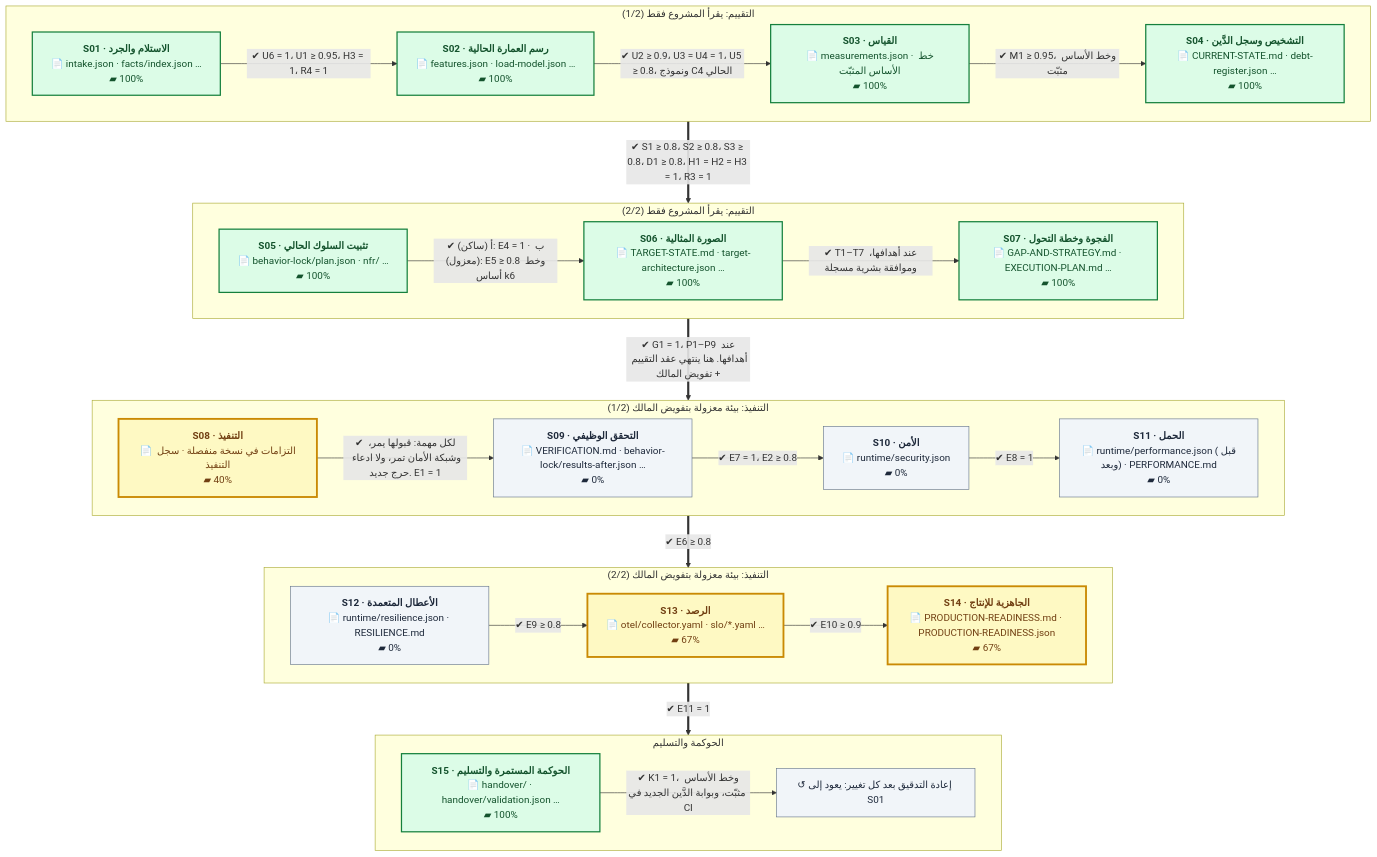
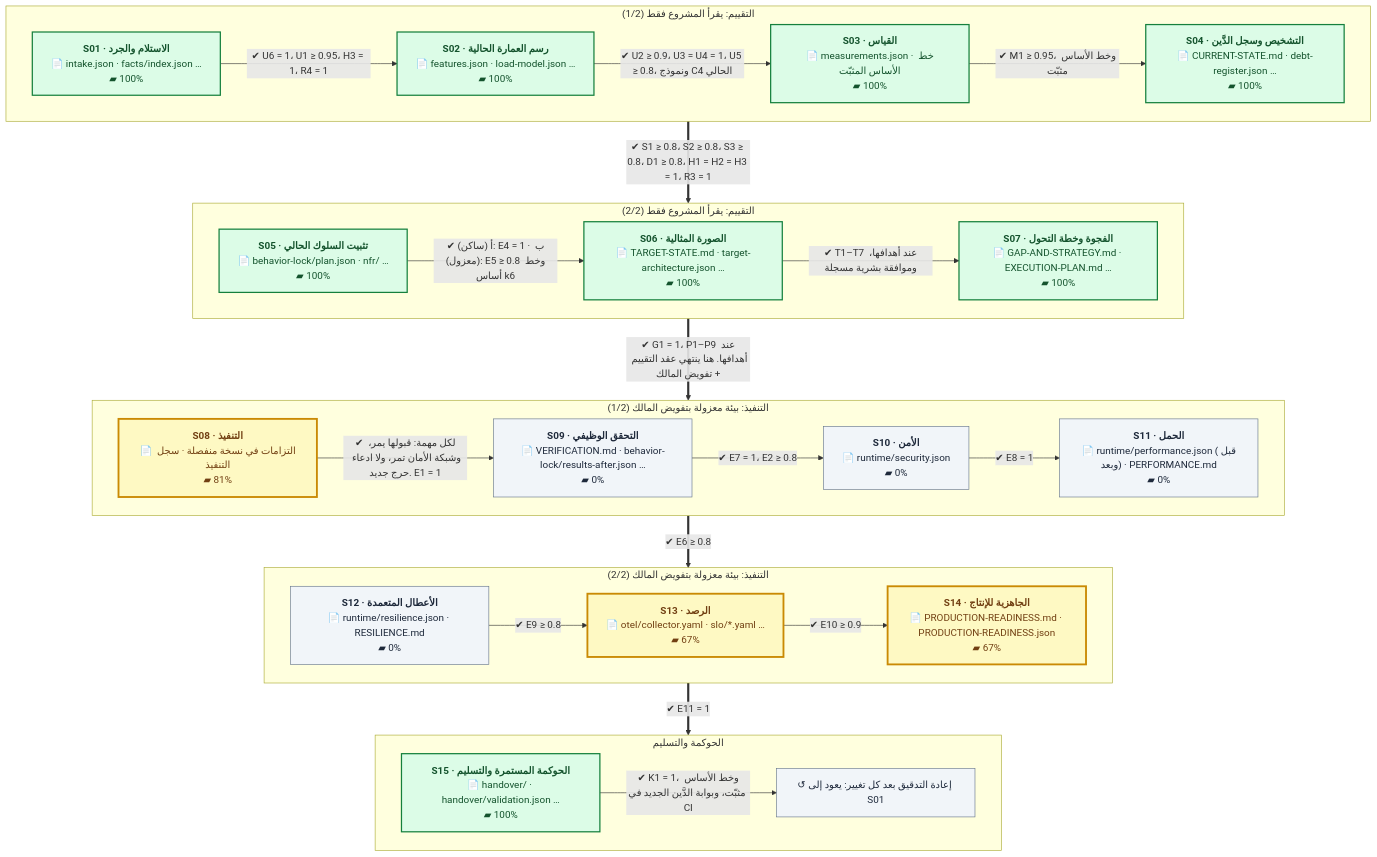
One commit to eom1417/engineering-audit-os changed the first of 2 diagrams in README.md. Above: the diagram before and after it, drawn with Mermaid. The commit also changed other lines of this file and 8 other files, not shown here.

````diff
--- a/README.md
+++ b/README.md
@@ -52,54 +52,54 @@
 ```mermaid
 %%{init: {'flowchart': {'wrappingWidth': 260, 'nodeSpacing': 40, 'rankSpacing': 60}}}%%
 flowchart TB
     subgraph P1["التقييم: يقرأ المشروع فقط (1/2)"]
         direction LR
         S01["<b>S01 · الاستلام والجرد</b><br/>📄 intake.json · facts/index.json …<br/>▰ 100%"]:::done
         S02["<b>S02 · رسم العمارة الحالية</b><br/>📄 features.json · load-model.json …<br/>▰ 100%"]:::done
         S03["<b>S03 · القياس</b><br/>📄 measurements.json · خط الأساس المثبّت<br/>▰ 100%"]:::done
         S04["<b>S04 · التشخيص وسجل الدَّين</b><br/>📄 CURRENT-STATE.md · debt-register.json …<br/>▰ 100%"]:::done
         S01 -->|"✔ U6 = 1، U1 ≥ 0.95، H3 = 1، R4 = 1"| S02
         S02 -->|"✔ U2 ≥ 0.9، U3 = U4 = 1، U5 ≥ 0.8، ونموذج C4 الحالي"| S03
         S03 -->|"✔ M1 ≥ 0.95، وخط الأساس مثبّت"| S04
     end
     subgraph P2["التقييم: يقرأ المشروع فقط (2/2)"]
         direction LR
         S05["<b>S05 · تثبيت السلوك الحالي</b><br/>📄 behavior-lock/plan.json · nfr/ …<br/>▰ 100%"]:::done
         S06["<b>S06 · الصورة المثالية</b><br/>📄 TARGET-STATE.md · target-architecture.json …<br/>▰ 100%"]:::done
         S07["<b>S07 · الفجوة وخطة التحول</b><br/>📄 GAP-AND-STRATEGY.md · EXECUTION-PLAN.md …<br/>▰ 100%"]:::done
         S05 -->|"✔ أ (ساكن): E4 = 1 · ب (معزول): E5 ≥ 0.8 وخط أساس k6"| S06
         S06 -->|"✔ T1–T7 عند أهدافها، وموافقة بشرية مسجلة"| S07
     end
     subgraph P3["التنفيذ: بيئة معزولة بتفويض المالك (1/2)"]
         direction LR
-        S08["<b>S08 · التنفيذ</b><br/>📄 التزامات في نسخة منفصلة · سجل التنفيذ<br/>▰ 40%"]:::current
+        S08["<b>S08 · التنفيذ</b><br/>📄 التزامات في نسخة منفصلة · سجل التنفيذ<br/>▰ 81%"]:::current
         S09["<b>S09 · التحقق الوظيفي</b><br/>📄 VERIFICATION.md · behavior-lock/results-after.json …<br/>▰ 0%"]:::next
         S10["<b>S10 · الأمن</b><br/>📄 runtime/security.json<br/>▰ 0%"]:::next
         S11["<b>S11 · الحمل</b><br/>📄 runtime/performance.json (قبل وبعد) · PERFORMANCE.md<br/>▰ 0%"]:::next
         S08 -->|"✔ لكل مهمة: قبولها يمر، وشبكة الأمان تمر، ولا ادعاء حرج جديد. E1 = 1"| S09
         S09 -->|"✔ E7 = 1، E2 ≥ 0.8"| S10
         S10 -->|"✔ E8 = 1"| S11
     end
     subgraph P4["التنفيذ: بيئة معزولة بتفويض المالك (2/2)"]
         direction LR
         S12["<b>S12 · الأعطال المتعمدة</b><br/>📄 runtime/resilience.json · RESILIENCE.md<br/>▰ 0%"]:::next
         S13["<b>S13 · الرصد</b><br/>📄 otel/collector.yaml · slo/*.yaml …<br/>▰ 67%"]:::current
         S14["<b>S14 · الجاهزية للإنتاج</b><br/>📄 PRODUCTION-READINESS.md · PRODUCTION-READINESS.json<br/>▰ 67%"]:::current
         S12 -->|"✔ E9 ≥ 0.8"| S13
         S13 -->|"✔ E10 ≥ 0.9"| S14
     end
     subgraph P5["الحوكمة والتسليم"]
         direction LR
         S15["<b>S15 · الحوكمة المستمرة والتسليم</b><br/>📄 handover/ · handover/validation.json …<br/>▰ 100%"]:::done
         LOOP["↺ إعادة التدقيق بعد كل تغيير: يعود إلى S01"]:::next
         S15 -->|"✔ K1 = 1، وخط الأساس مثبّت، وبوابة الدَّين الجديد في CI"| LOOP
     end
     P1 ==>|"✔ S1 ≥ 0.8، S2 ≥ 0.8، S3 ≥ 0.8، D1 ≥ 0.8، H1 = H2 = H3 = 1، R3 = 1"| P2
     P2 ==>|"✔ G1 = 1، P1–P9 عند أهدافها. هنا ينتهي عقد التقييم + تفويض المالك"| P3
     P3 ==>|"✔ E6 ≥ 0.8"| P4
     P4 ==>|"✔ E11 = 1"| P5
     classDef done fill:#dcfce7,stroke:#15803d,color:#14532d,stroke-width:2px
     classDef current fill:#fef9c3,stroke:#ca8a04,color:#713f12,stroke-width:3px
     classDef next fill:#f1f5f9,stroke:#64748b,color:#1e293b
     classDef owner fill:#fee2e2,stroke:#b91c1c,color:#7f1d1d,stroke-dasharray:5 3
 ```
````
